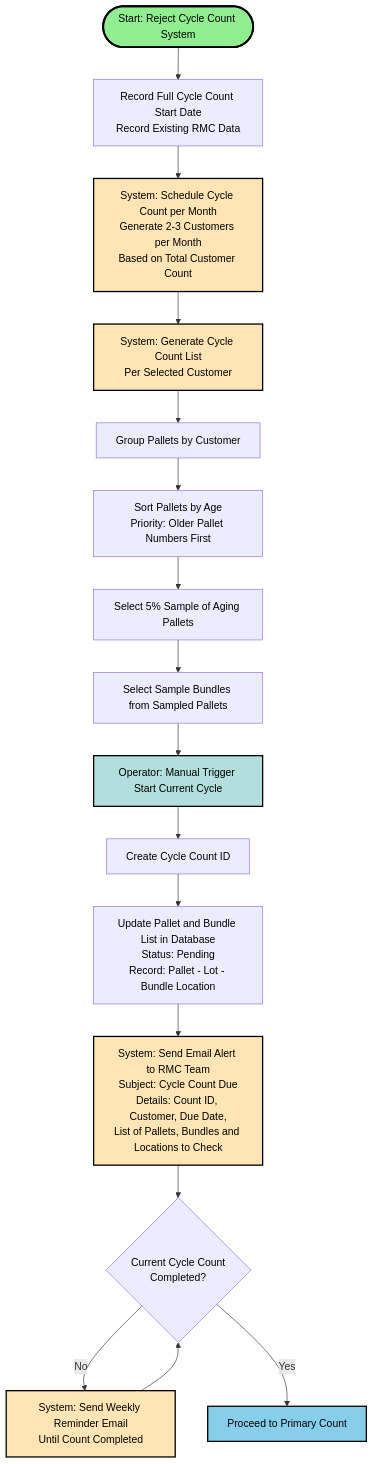
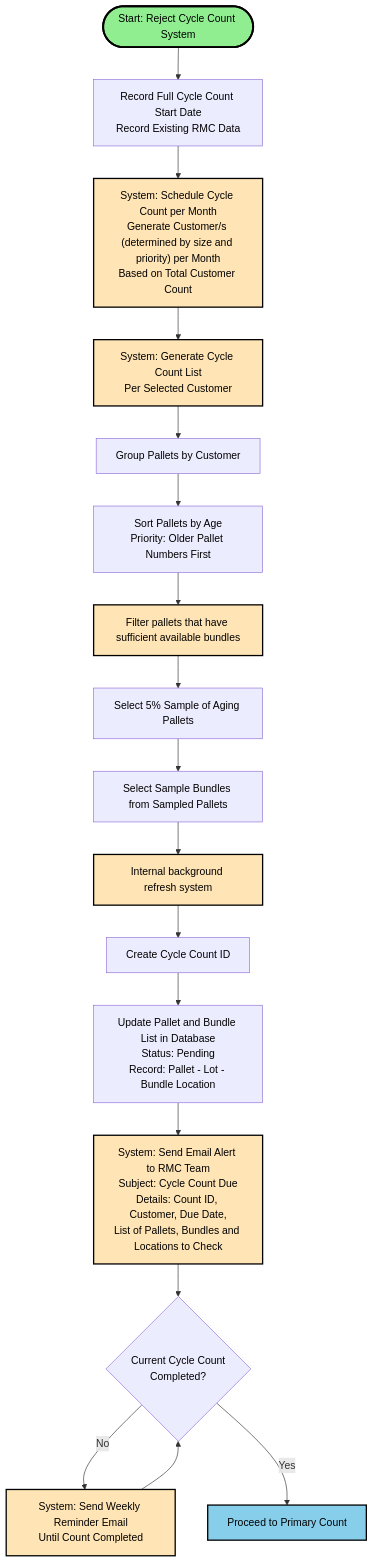
Before and after one commit to kohjs/RMC-Cycle-Count: the first of 6 diagrams in workflow.md, drawn with Mermaid. The commit also changed other lines of this file, not shown here.

````diff
--- a/workflow.md
+++ b/workflow.md
@@ -15,34 +15,38 @@
 ```mermaid
 flowchart TD
     Start(["Start: Reject Cycle Count System"]) --> n1["Record Full Cycle Count Start Date<br>Record Existing RMC Data"]
-    n1 --> A["System: Schedule Cycle Count per Month<br>Generate 2-3 Customers per Month<br>Based on Total Customer Count"]
+    n1 --> A["System: Schedule Cycle Count per Month<br>Generate Customer/s (determined by size and priority) per Month<br>Based on Total Customer Count"]
     A --> B["System: Generate Cycle Count List<br>Per Selected Customer"]
     B --> B1["Group Pallets by Customer"]
-    B1 --> B1a["Sort Pallets by Age<br>Priority: Older Pallet Numbers First"]
-    B1a --> B1b["Select 5% Sample of Aging Pallets"]
-    B1b --> B1c["Select Sample Bundles from Sampled Pallets"]
-    B1c --> n2["Operator: Manual Trigger Start Current Cycle"]
-    n2 --> B2["Create Cycle Count ID"]
-    B2 --> B3["Update Pallet and Bundle List in Database<br>Status: Pending<br>Record: Pallet - Lot - Bundle Location"]
+    B1b["Select 5% Sample of Aging Pallets"] --> B1c["Select Sample Bundles from Sampled Pallets"]
+    B2["Create Cycle Count ID"] --> B3["Update Pallet and Bundle List in Database<br>Status: Pending<br>Record: Pallet - Lot - Bundle Location"]
     B3 --> C["System: Send Email Alert to RMC Team<br>Subject: Cycle Count Due<br>Details: Count ID, Customer, Due Date,<br>List of Pallets, Bundles and Locations to Check"]
     C --> D{"Current Cycle Count<br>Completed?"}
     D -- No --> E["System: Send Weekly Reminder Email<br>Until Count Completed"]
     E --> D
     D -- Yes --> Next["Proceed to Primary Count"]
+    B1c --> n3["Internal background refresh system"]
+    n2["Filter pallets that have sufficient available bundles"] --> B1b
+    B1 --> B1a["Sort Pallets by Age<br>Priority: Older Pallet Numbers First"]
+    B1a --> n2
+    n3 --> B2
 
+    n3@{ shape: rect}
+    n2@{ shape: rect}
     style Start fill:#90EE90,stroke:#000,stroke-width:3px,color:#000
     style n1 color:#000
     style A fill:#FFE4B5,stroke:#000,stroke-width:2px,color:#000
     style B fill:#FFE4B5,stroke:#000,stroke-width:2px,color:#000
     style B1 color:#000
-    style B1a color:#000
     style B1b color:#000
     style B1c color:#000
-    style n2 fill:#B2DFDB,stroke:#000,stroke-width:2px,color:#000
     style B2 color:#000
     style B3 color:#000
     style C fill:#FFE4B5,stroke:#000,stroke-width:2px,color:#000
     style D color:#000
     style E fill:#FFE4B5,stroke:#000,stroke-width:2px,color:#000
     style Next fill:#87CEEB,stroke:#000,stroke-width:2px,color:#000
+    style B1a color:#000
+    style n2 fill:#FFE4B5,stroke:#000,stroke-width:2px,color:#000
+    style n3 fill:#FFE4B5,stroke:#000,stroke-width:2px,color:#000
 ```
````
